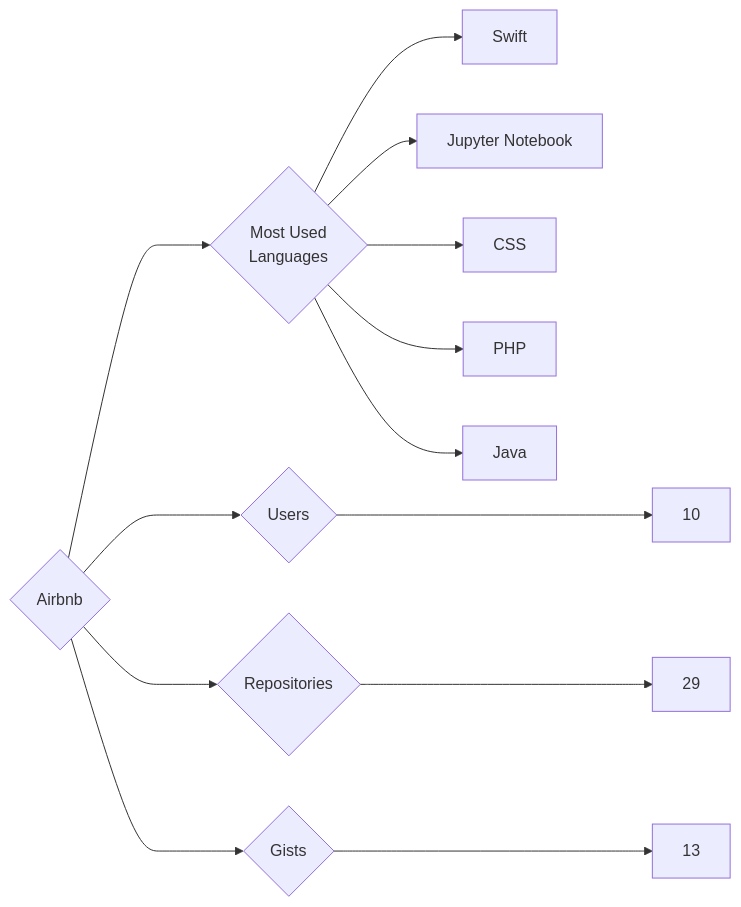
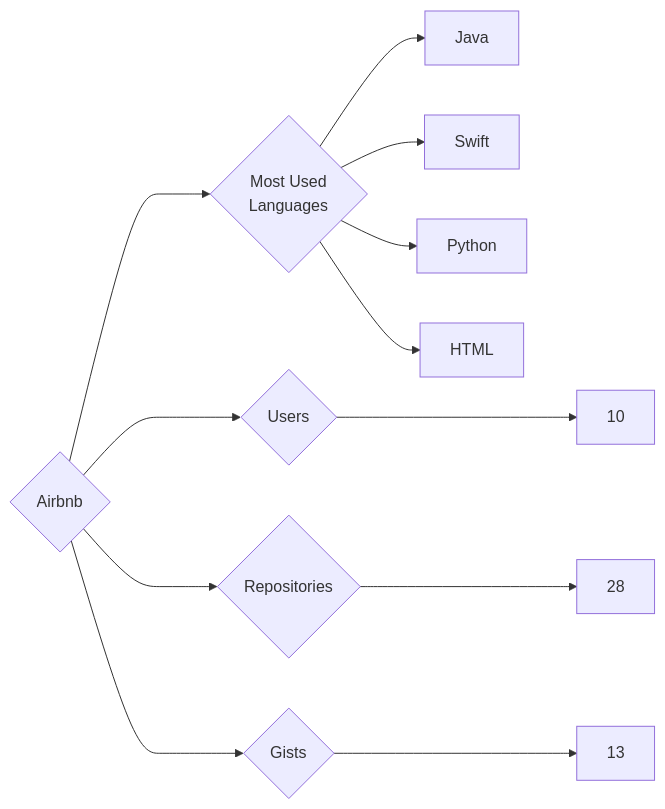
Before and after one commit to trickest/insiders: the diagram in targets/Airbnb/README.md, drawn with Mermaid. The commit also changed 1092 other files, not shown here.

````diff
--- a/targets/Airbnb/README.md
+++ b/targets/Airbnb/README.md
@@ -3,13 +3,12 @@
 ```mermaid
 graph LR
 COMPANY_NAME{Airbnb}
 COMPANY_NAME ---> U{Users} ---> UN[10]
-COMPANY_NAME ---> R{Repositories} ---> RN[29]
+COMPANY_NAME ---> R{Repositories} ---> RN[28]
 COMPANY_NAME ---> G{Gists} ---> GN[13]
 COMPANY_NAME ---> ML{Most Used<br>Languages}
+ML --> Java[Java]
 ML --> Swift[Swift]
-ML --> Jupyter_Notebook[Jupyter Notebook]
-ML --> CSS[CSS]
-ML --> PHP[PHP]
-ML --> Java[Java]
+ML --> Python[Python]
+ML --> HTML[HTML]
 ```
````
